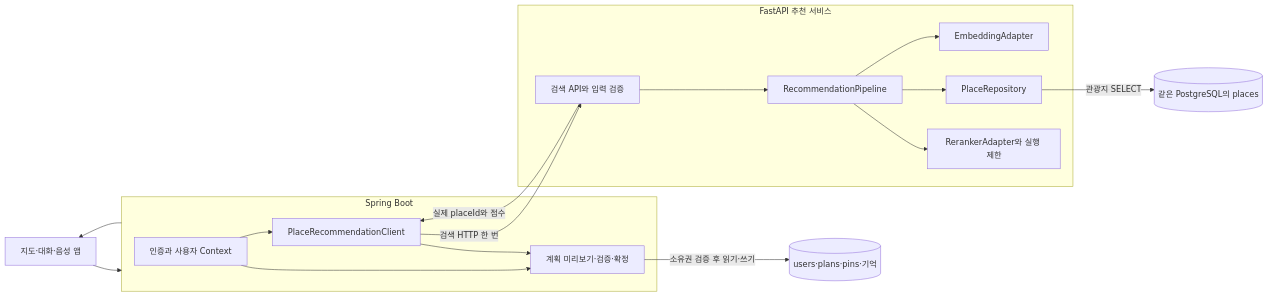
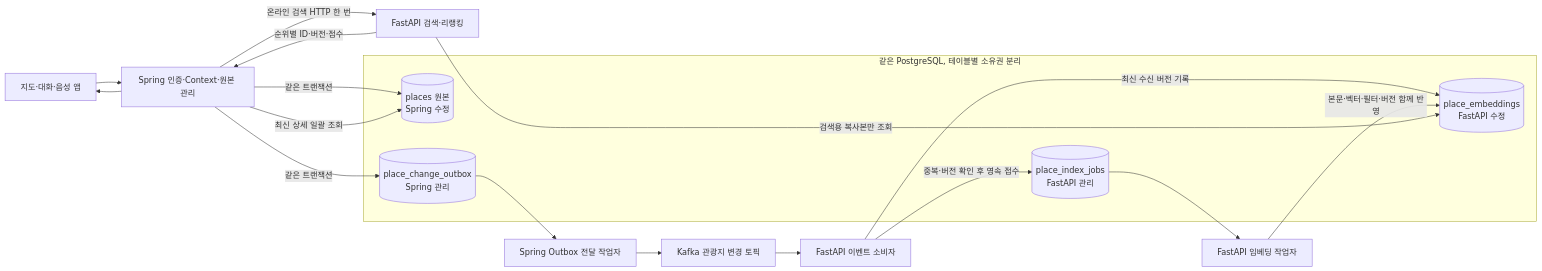
The first of 3 diagrams in docs/architecture/fastapi-place-recommendation.md (yollo4179/TravelMate), drawn with Mermaid before and after one commit. The commit also changed other lines of this file and 7 other files, not shown here.

Commit message:
Add Kafka UI dev stack and CQRS search index contracts

````diff
--- a/docs/architecture/fastapi-place-recommendation.md
+++ b/docs/architecture/fastapi-place-recommendation.md
@@ -42,28 +19,24 @@
 ```mermaid
 flowchart LR
-    App[지도·대화·음성 앱] --> Spring
-    subgraph Spring[Spring Boot]
-        Auth[인증과 사용자 Context]
-        Client[PlaceRecommendationClient]
-        Plan[계획 미리보기·검증·확정]
-        Auth --> Client
-        Auth --> Plan
+    App[지도·대화·음성 앱] --> Spring[Spring 인증·Context·원본 관리]
+    subgraph PG[같은 PostgreSQL, 테이블별 소유권 분리]
+        Places[(places 원본<br/>Spring 수정)]
+        Outbox[(place_change_outbox<br/>Spring 관리)]
+        Jobs[(place_index_jobs<br/>FastAPI 관리)]
+        Index[(place_embeddings<br/>FastAPI 수정)]
     end
-    subgraph FastAPI[FastAPI 추천 서비스]
-        API[검색 API와 입력 검증]
-        Pipeline[RecommendationPipeline]
-        Embedding[EmbeddingAdapter]
-        Repository[PlaceRepository]
-        Reranker[RerankerAdapter와 실행 제한]
-        API --> Pipeline
-        Pipeline --> Embedding
-        Pipeline --> Repository
-        Pipeline --> Reranker
-    end
-    Client -->|검색 HTTP 한 번| API
-    Repository -->|관광지 SELECT| Places[(같은 PostgreSQL의 places)]
-    Plan -->|소유권 검증 후 읽기·쓰기| Business[(users·plans·pins·기억)]
-    API -->|실제 placeId와 점수| Client
-    Client --> Plan
+    Spring -->|같은 트랜잭션| Places
+    Spring -->|같은 트랜잭션| Outbox
+    Outbox --> Relay[Spring Outbox 전달 작업자]
+    Relay --> Kafka[Kafka 관광지 변경 토픽]
+    Kafka --> Consumer[FastAPI 이벤트 소비자]
+    Consumer -->|중복·버전 확인 후 영속 접수| Jobs
+    Consumer -->|최신 수신 버전 기록| Index
+    Jobs --> Worker[FastAPI 임베딩 작업자]
+    Worker -->|본문·벡터·필터·버전 함께 반영| Index
+    Spring -->|온라인 검색 HTTP 한 번| Search[FastAPI 검색·리랭킹]
+    Search -->|검색용 복사본만 조회| Index
+    Search -->|순위별 ID·버전·점수| Spring
+    Spring -->|최신 상세 일괄 조회| Places
     Spring --> App
 ```
````
